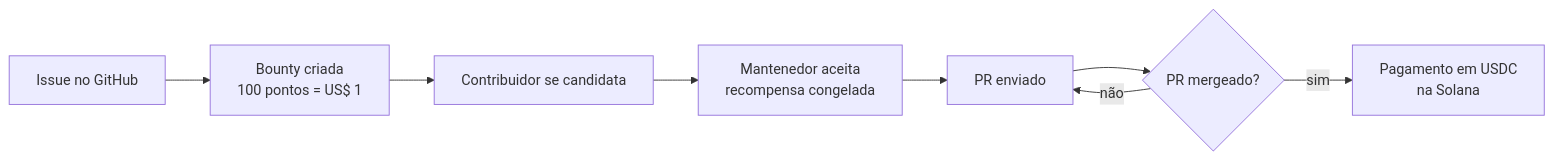
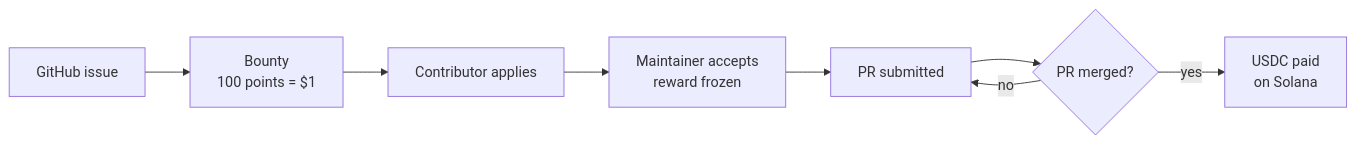
Before and after one commit to GermanoDevelopment/greenfield: the diagram in README.md, drawn with Mermaid. The commit also changed other lines of this file, not shown here.

````diff
--- a/README.md
+++ b/README.md
@@ -7,10 +7,10 @@
 ```mermaid
 flowchart LR
-    A[Issue no GitHub] --> B[Bounty criada<br/>100 pontos = US$ 1]
-    B --> C[Contribuidor se candidata]
-    C --> D[Mantenedor aceita<br/>recompensa congelada]
-    D --> E[PR enviado]
-    E --> F{PR mergeado?}
-    F -- "sim" --> G[Pagamento em USDC<br/>na Solana]
-    F -- "não" --> E
+    A[GitHub issue] --> B[Bounty<br/>100 points = $1]
+    B --> C[Contributor applies]
+    C --> D[Maintainer accepts<br/>reward frozen]
+    D --> E[PR submitted]
+    E --> F{PR merged?}
+    F -- "yes" --> G[USDC paid<br/>on Solana]
+    F -- "no" --> E
 ```
````
